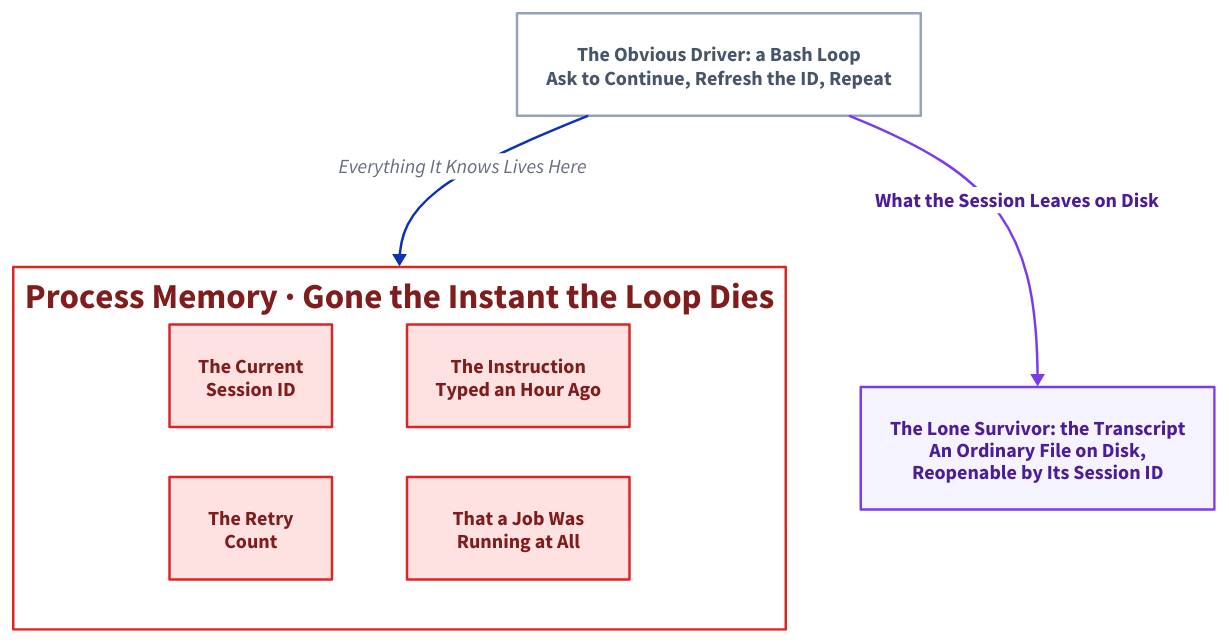
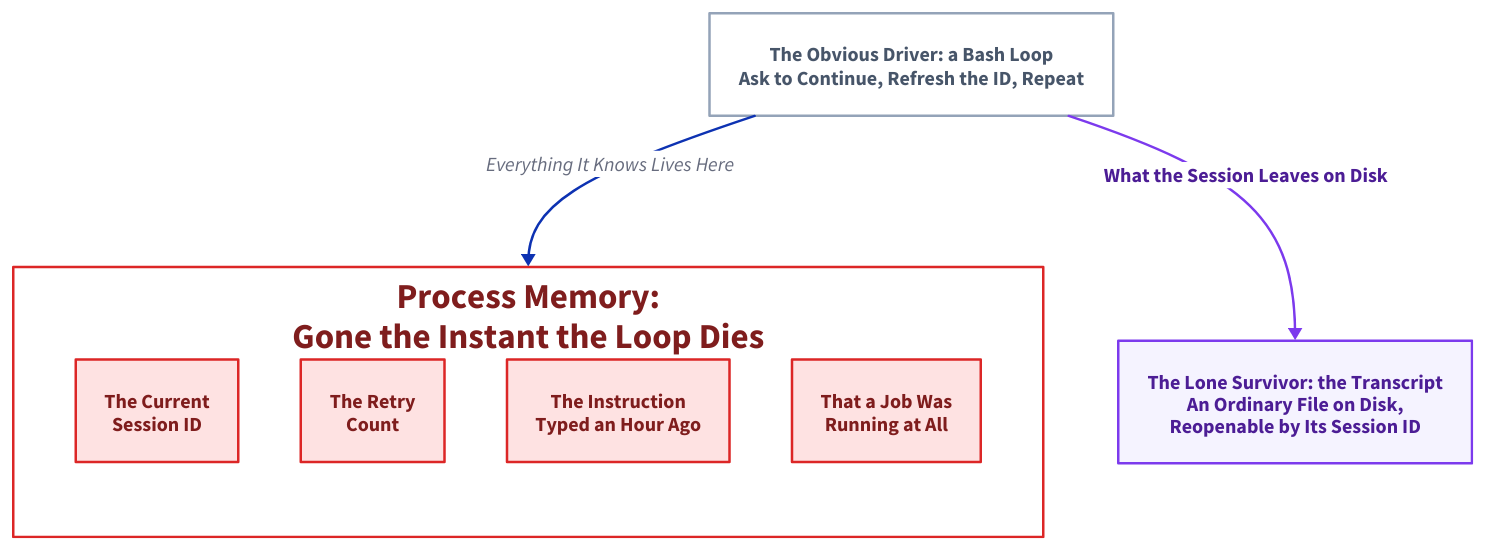
One commit to thumarrushik/crash-proof-team-of-coding-agents changed the diagram in assets/diagram-src/what-survives.d2. Above: the diagram before and after it, drawn with D2. The commit also changed 11 other files, not shown here.

```diff
--- a/assets/diagram-src/what-survives.d2
+++ b/assets/diagram-src/what-survives.d2
@@ -1,39 +1,41 @@
 # The hand-rolled loop dies and exactly one thing survives: the transcript.
 # Everything else was process memory. NEW for the flagship (2026-09-02):
 # replaces the evaporation enumeration in Nothing Remembers the Job.
+# The four memory items sit in ONE row (grid-columns: 4) so the container is
+# wide enough for its label (the 2x2 version overflowed the title) and the
+# fixed-width export stays short.
 direction: down
-horizontal-gap: 100
+horizontal-gap: 90
 vertical-gap: 65
 
 loop: "The Obvious Driver: a Bash Loop\nAsk to Continue, Refresh the ID, Repeat" {
   style: {fill: "#ffffff"; stroke: "#94a3b8"; font-color: "#475569"; bold: true}
 }
 
-mem: "Process Memory · Gone the Instant the Loop Dies" {
+mem: "Process Memory:\nGone the Instant the Loop Dies" {
   style: {fill: "#ffffff"; stroke: "#dc2626"; font-color: "#7f1d1d"; bold: true}
-  grid-columns: 2
-  horizontal-gap: 60
-  vertical-gap: 40
+  grid-columns: 4
+  horizontal-gap: 50
 
   sid: "The Current\nSession ID" {
     style: {fill: "#fee2e2"; stroke: "#dc2626"; font-color: "#7f1d1d"; bold: true}
   }
   retry: "The Retry\nCount" {
     style: {fill: "#fee2e2"; stroke: "#dc2626"; font-color: "#7f1d1d"; bold: true}
   }
   instr: "The Instruction\nTyped an Hour Ago" {
     style: {fill: "#fee2e2"; stroke: "#dc2626"; font-color: "#7f1d1d"; bold: true}
   }
   fact: "That a Job Was\nRunning at All" {
     style: {fill: "#fee2e2"; stroke: "#dc2626"; font-color: "#7f1d1d"; bold: true}
   }
 }
 
 disk: "The Lone Survivor: the Transcript\nAn Ordinary File on Disk,\nReopenable by Its Session ID" {
   style: {fill: "#f5f3ff"; stroke: "#7c3aed"; font-color: "#4c1d95"; bold: true}
 }
 
 loop -> mem: "Everything It Knows Lives Here"
 loop -> disk: "What the Session Leaves on Disk" {
   style: {stroke: "#7c3aed"; font-color: "#4c1d95"; bold: true}
 }
```
